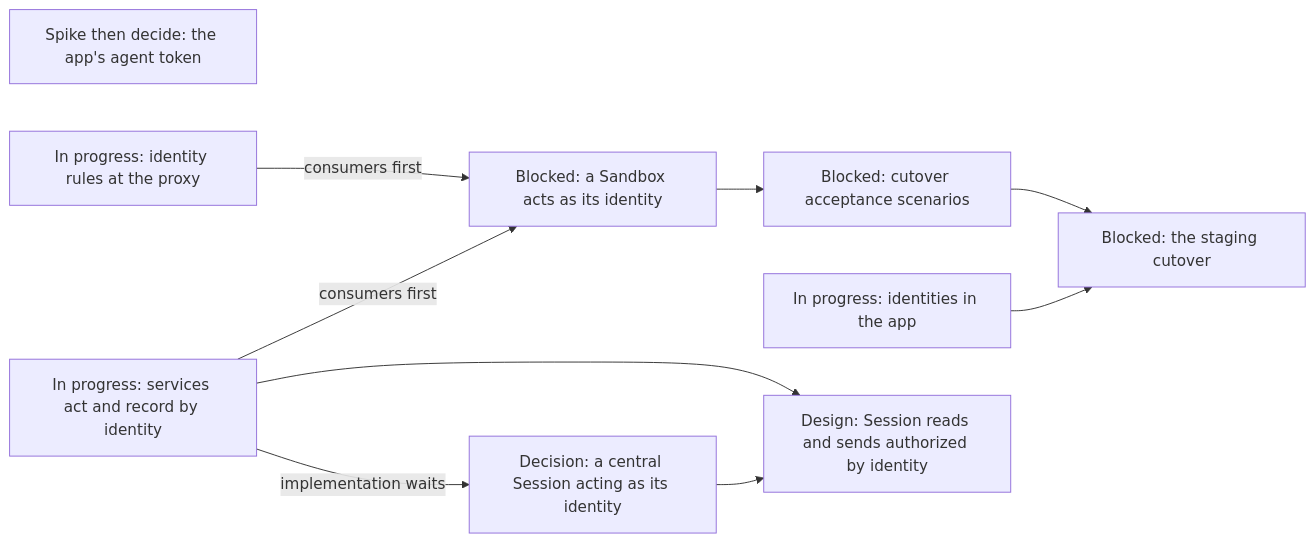
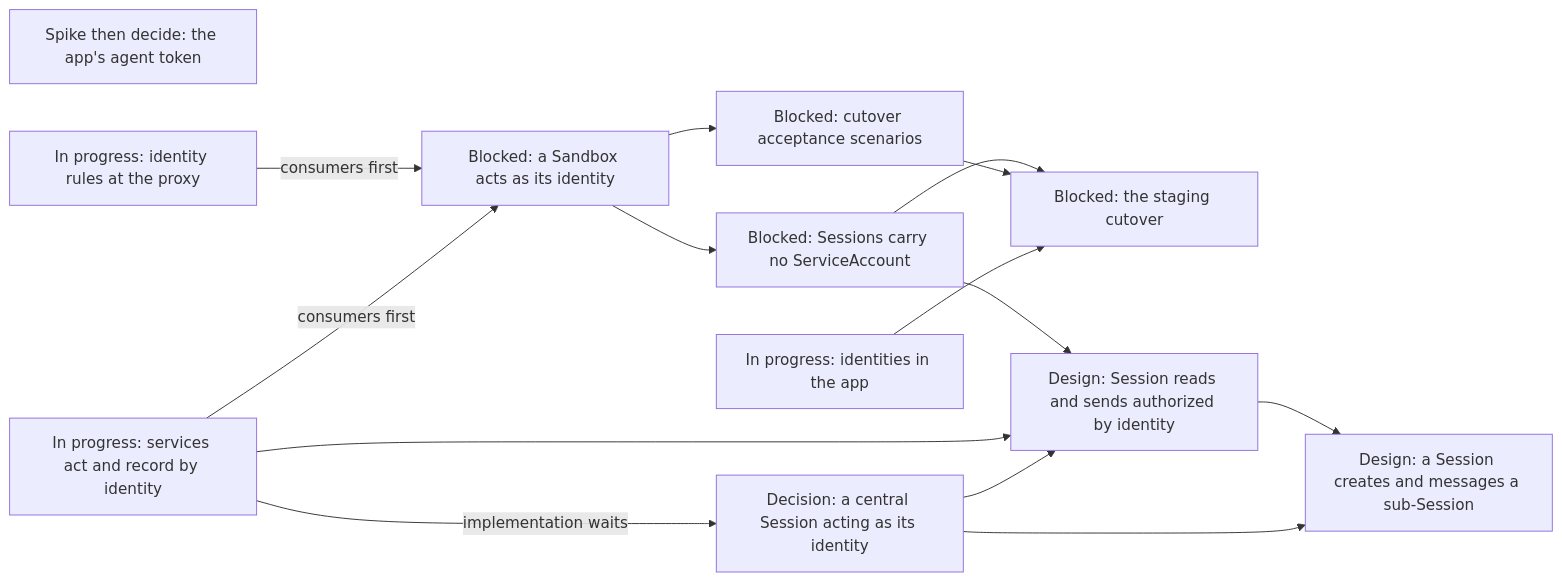
Before and after one commit to agentydragon/ducktape: diagram 17 of 19 in agentplane/plans/task_dag.md, drawn with Mermaid. The commit also changed other lines of this file and 2 other files, not shown here.

````diff
--- a/agentplane/plans/task_dag.md
+++ b/agentplane/plans/task_dag.md
@@ -3034,18 +3034,24 @@
 ```mermaid
 flowchart LR
     APP_AGENT_TOKEN_DECISION[Spike then decide: the app's agent token]
     CENTRAL_SESSION_ACTING_DESIGN[Decision: a central Session acting as its identity]
     SERVICES_IDENTITY_PRINCIPAL -->|implementation waits| CENTRAL_SESSION_ACTING_DESIGN
     APP_IDENTITIES_UI[In progress: identities in the app]
     EGRESS_IDENTITY_RULES[In progress: identity rules at the proxy]
     SERVICES_IDENTITY_PRINCIPAL[In progress: services act and record by identity]
     SANDBOX_IDENTITY_SPEC[Blocked: a Sandbox acts as its identity]
     EGRESS_IDENTITY_RULES -->|consumers first| SANDBOX_IDENTITY_SPEC
     SERVICES_IDENTITY_PRINCIPAL -->|consumers first| SANDBOX_IDENTITY_SPEC
     SANDBOX_IDENTITY_SPEC --> IDENTITY_SYSTEM_TESTS[Blocked: cutover acceptance scenarios]
+    SANDBOX_IDENTITY_SPEC --> SESSION_SA_PRINCIPAL_REMOVAL[Blocked: Sessions carry no ServiceAccount]
+    SESSION_SA_PRINCIPAL_REMOVAL --> IDENTITY_CUTOVER
+    SESSION_SA_PRINCIPAL_REMOVAL --> SESSION_IDENTITY_AUTHZ
+    SESSION_SUBAGENT_DELEGATION[Design: a Session creates and messages a sub-Session]
+    SESSION_IDENTITY_AUTHZ --> SESSION_SUBAGENT_DELEGATION
+    CENTRAL_SESSION_ACTING_DESIGN --> SESSION_SUBAGENT_DELEGATION
     IDENTITY_SYSTEM_TESTS --> IDENTITY_CUTOVER[Blocked: the staging cutover]
     APP_IDENTITIES_UI --> IDENTITY_CUTOVER
     SESSION_IDENTITY_AUTHZ[Design: Session reads and sends authorized by identity]
     SERVICES_IDENTITY_PRINCIPAL --> SESSION_IDENTITY_AUTHZ
     CENTRAL_SESSION_ACTING_DESIGN --> SESSION_IDENTITY_AUTHZ
 ```
````
